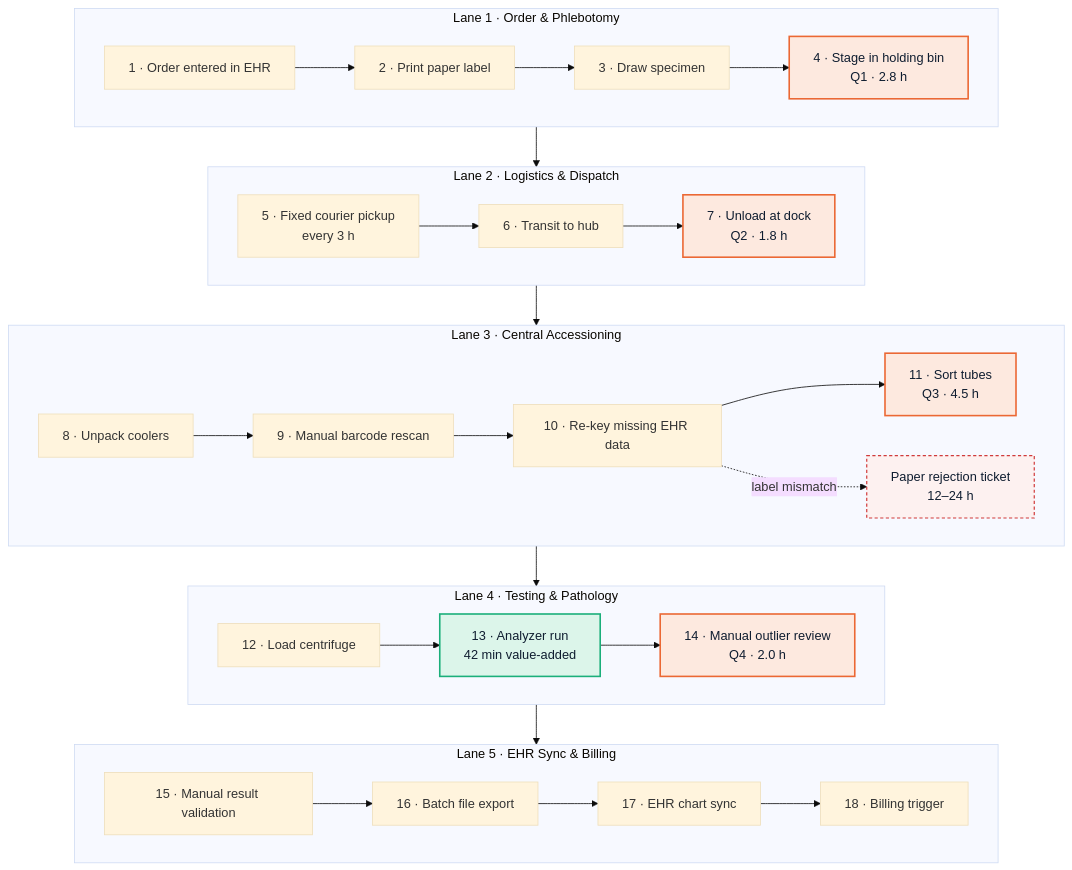
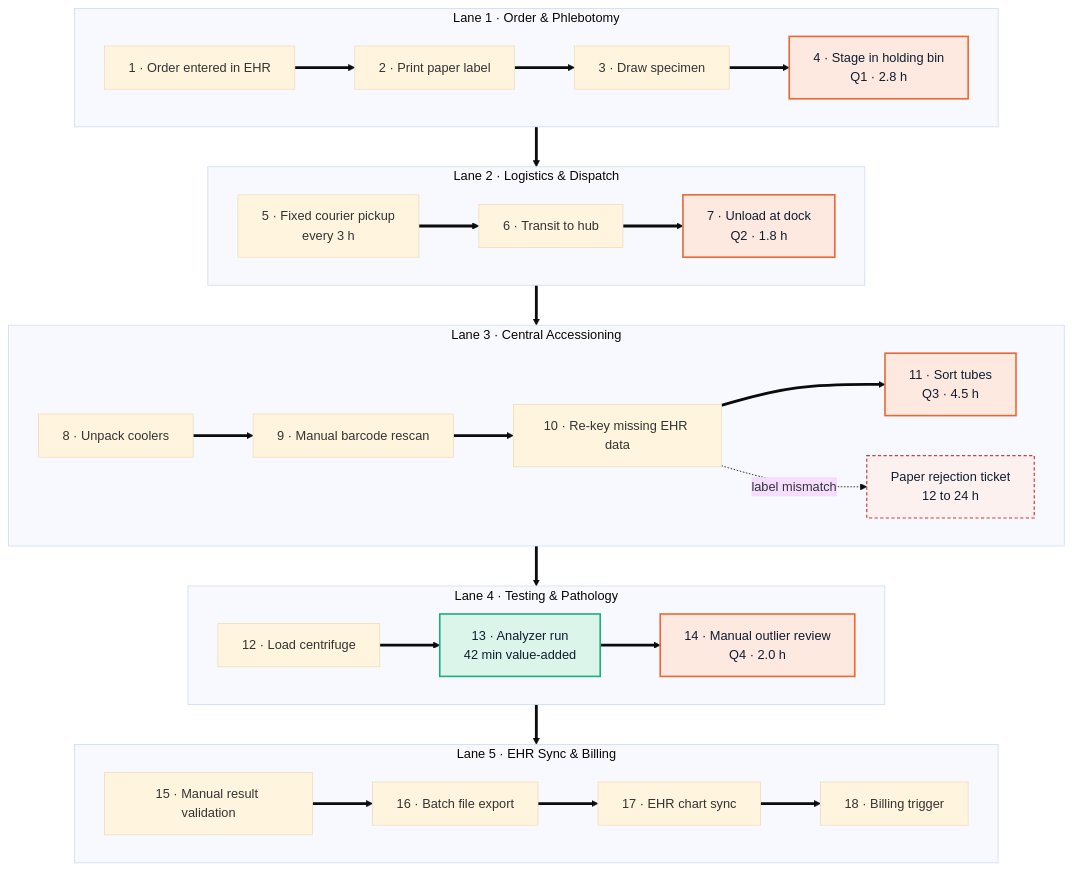
The diagram in diagrams/as_is.mmd (huezxiii/diagnostic-pipeline-process-mapping), drawn with Mermaid (base theme) before and after one commit. The commit also changed 6 other files, not shown here.

```diff
--- a/diagrams/as_is.mmd
+++ b/diagrams/as_is.mmd
@@ -1,29 +1,29 @@
 flowchart TB
   subgraph L1["Lane 1 · Order & Phlebotomy"]
     direction LR
-    A1["1 · Order entered in EHR"] --> A2["2 · Print paper label"] --> A3["3 · Draw specimen"] --> A4["4 · Stage in holding bin<br/>Q1 · 2.8 h"]
+    A1["1 · Order entered in EHR"] ==> A2["2 · Print paper label"] ==> A3["3 · Draw specimen"] ==> A4["4 · Stage in holding bin<br/>Q1 · 2.8 h"]
   end
   subgraph L2["Lane 2 · Logistics & Dispatch"]
     direction LR
-    A5["5 · Fixed courier pickup<br/>every 3 h"] --> A6["6 · Transit to hub"] --> A7["7 · Unload at dock<br/>Q2 · 1.8 h"]
+    A5["5 · Fixed courier pickup<br/>every 3 h"] ==> A6["6 · Transit to hub"] ==> A7["7 · Unload at dock<br/>Q2 · 1.8 h"]
   end
   subgraph L3["Lane 3 · Central Accessioning"]
     direction LR
-    A8["8 · Unpack coolers"] --> A9["9 · Manual barcode rescan"] --> A10["10 · Re-key missing EHR data"] --> A11["11 · Sort tubes<br/>Q3 · 4.5 h"]
-    A10 -. "label mismatch" .-> X["Paper rejection ticket<br/>12–24 h"]
+    A8["8 · Unpack coolers"] ==> A9["9 · Manual barcode rescan"] ==> A10["10 · Re-key missing EHR data"] ==> A11["11 · Sort tubes<br/>Q3 · 4.5 h"]
+    A10 -. "label mismatch" .-> X["Paper rejection ticket<br/>12 to 24 h"]
   end
   subgraph L4["Lane 4 · Testing & Pathology"]
     direction LR
-    A12["12 · Load centrifuge"] --> A13["13 · Analyzer run<br/>42 min value-added"] --> A14["14 · Manual outlier review<br/>Q4 · 2.0 h"]
+    A12["12 · Load centrifuge"] ==> A13["13 · Analyzer run<br/>42 min value-added"] ==> A14["14 · Manual outlier review<br/>Q4 · 2.0 h"]
   end
   subgraph L5["Lane 5 · EHR Sync & Billing"]
     direction LR
-    A15["15 · Manual result validation"] --> A16["16 · Batch file export"] --> A17["17 · EHR chart sync"] --> A18["18 · Billing trigger"]
+    A15["15 · Manual result validation"] ==> A16["16 · Batch file export"] ==> A17["17 · EHR chart sync"] ==> A18["18 · Billing trigger"]
   end
-  L1 --> L2 --> L3 --> L4 --> L5
+  L1 ==> L2 ==> L3 ==> L4 ==> L5
   classDef queue fill:#fde9df,stroke:#eb6834,stroke-width:2px,color:#0f1d30
   classDef va fill:#dcf5ea,stroke:#1baf7a,stroke-width:2px,color:#0f1d30
   classDef exc fill:#fdf1f0,stroke:#d03b3b,stroke-width:1.5px,stroke-dasharray:4 3,color:#0f1d30
   class A4,A7,A11,A14 queue
   class A13 va
   class X exc
```
